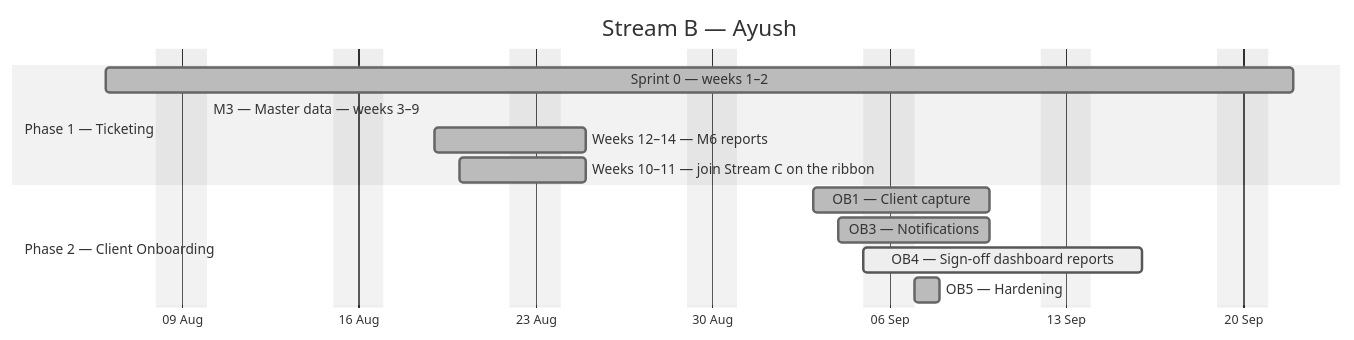
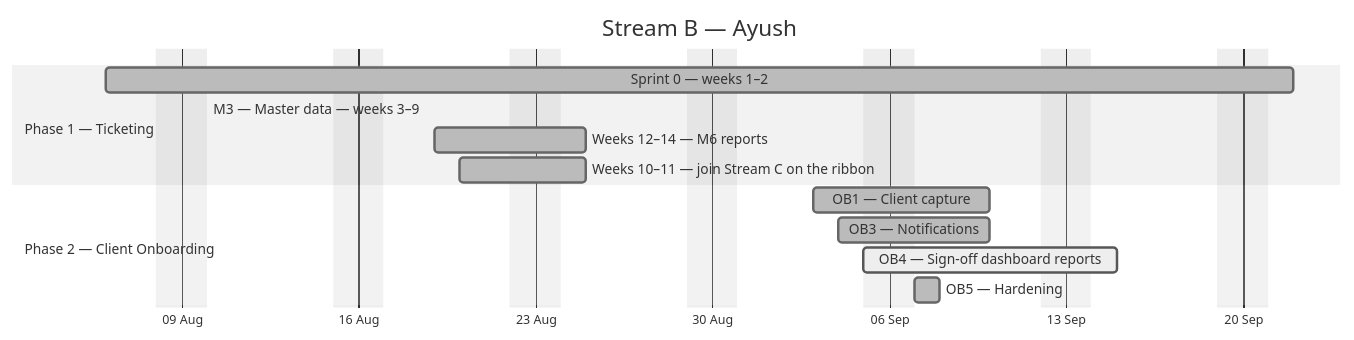
The second of 4 diagrams in docs/plan/GANTT.md (debashisedunext/EduTrack), drawn with Mermaid (neutral theme) before and after one commit. The commit also changed other lines of this file and 3 other files, not shown here.

````diff
--- a/docs/plan/GANTT.md
+++ b/docs/plan/GANTT.md
@@ -138,17 +138,17 @@
 ```mermaid
 gantt
     dateFormat YYYY-MM-DD
     axisFormat %d %b
     title Stream B — Ayush
     excludes weekends
     section Phase 1 — Ticketing
     Sprint 0 — weeks 1–2 :done, b0, 2026-08-06, 33d
     M3 — Master data — weeks 3–9 :done, b1, 2026-08-10, -20d
     Weeks 12–14 — M6 reports :done, b2, 2026-08-19, 4d
     Weeks 10–11 — join Stream C on the ribbon :done, b3, 2026-08-20, 3d
     section Phase 2 — Client Onboarding
     OB1 — Client capture :done, b4, 2026-09-03, 5d
     OB3 — Notifications :done, b5, 2026-09-04, 4d
-    OB4 — Sign-off  dashboard  reports :active, b6, 2026-09-05, 8d
+    OB4 — Sign-off  dashboard  reports :active, b6, 2026-09-05, 7d
     OB5 — Hardening :done, b7, 2026-09-07, 1d
 ```
````
